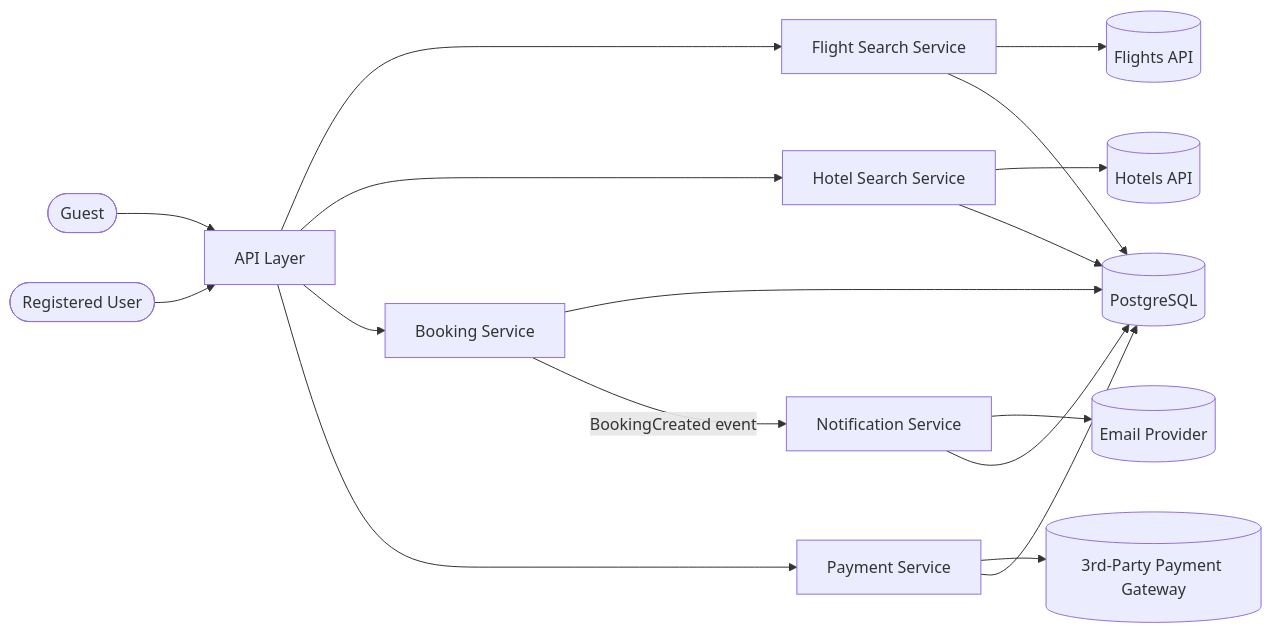
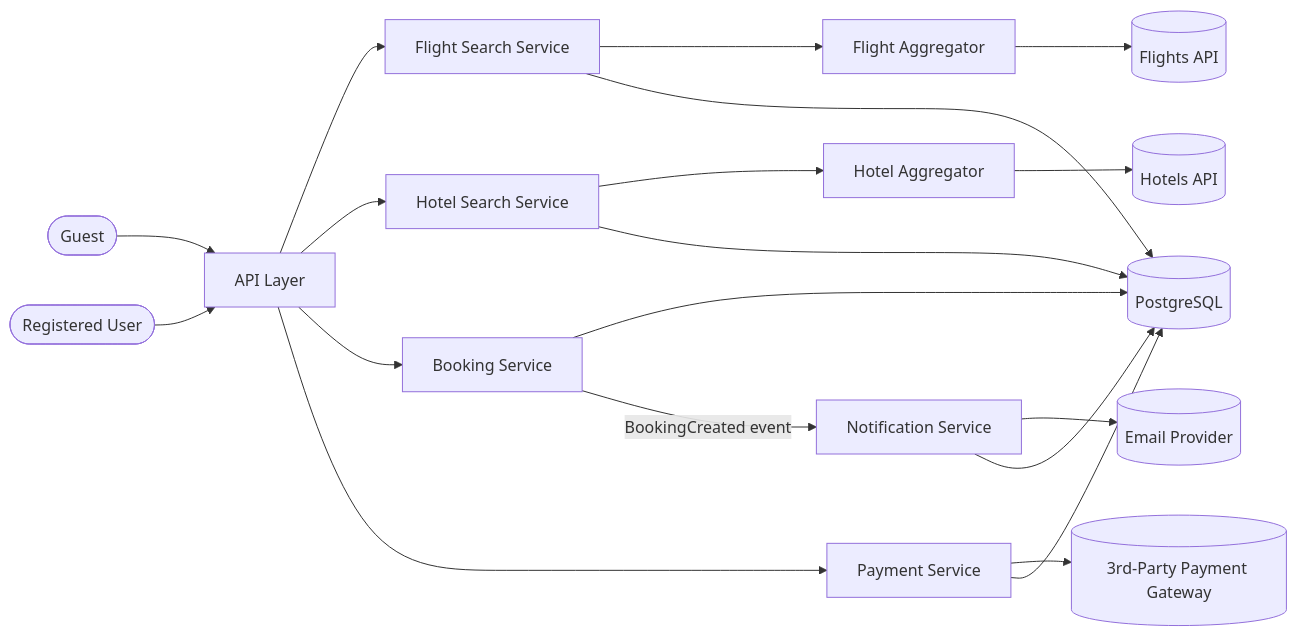
One commit to Backend-Mentor-ORG/booking changed the diagram in README.md. Above: the diagram before and after it, drawn with Mermaid. The commit also changed other lines of this file and 3 other files, not shown here.

First line of the commit message:
Add Aggregator layer per Search Service; enrich Scatter & Gather concepts; log provider/transport open questions

````diff
--- a/README.md
+++ b/README.md
@@ -82,28 +85,30 @@
 ```mermaid
 flowchart LR
   Guest([Guest])
   User([Registered User])
 
   Guest --> API[API Layer]
   User --> API
 
   API --> FlightSearchSvc[Flight Search Service]
   API --> HotelSearchSvc[Hotel Search Service]
   API --> BookingSvc[Booking Service]
   API --> PaymentSvc[Payment Service]
 
-  FlightSearchSvc --> FlightsAPI[(Flights API)]
+  FlightSearchSvc --> FlightAggregator[Flight Aggregator]
+  FlightAggregator --> FlightsAPI[(Flights API)]
   FlightSearchSvc --> DB[(PostgreSQL)]
 
-  HotelSearchSvc --> HotelsAPI[(Hotels API)]
+  HotelSearchSvc --> HotelAggregator[Hotel Aggregator]
+  HotelAggregator --> HotelsAPI[(Hotels API)]
   HotelSearchSvc --> DB
 
   BookingSvc --> DB
   BookingSvc -- BookingCreated event --> NotifSvc[Notification Service]
 
   PaymentSvc --> Gateway[(3rd-Party Payment Gateway)]
   PaymentSvc --> DB
 
   NotifSvc --> EmailProvider[(Email Provider)]
   NotifSvc --> DB
 ```
````
